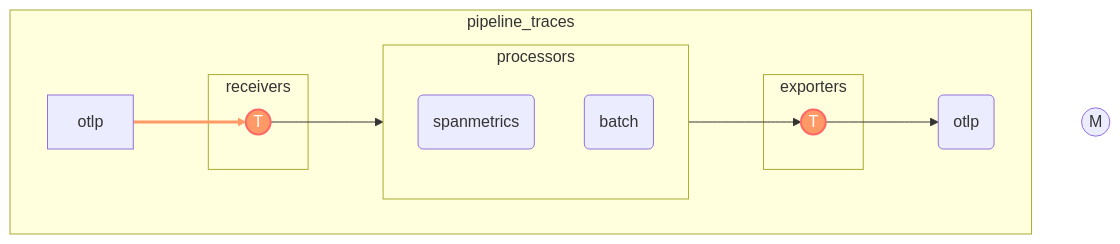
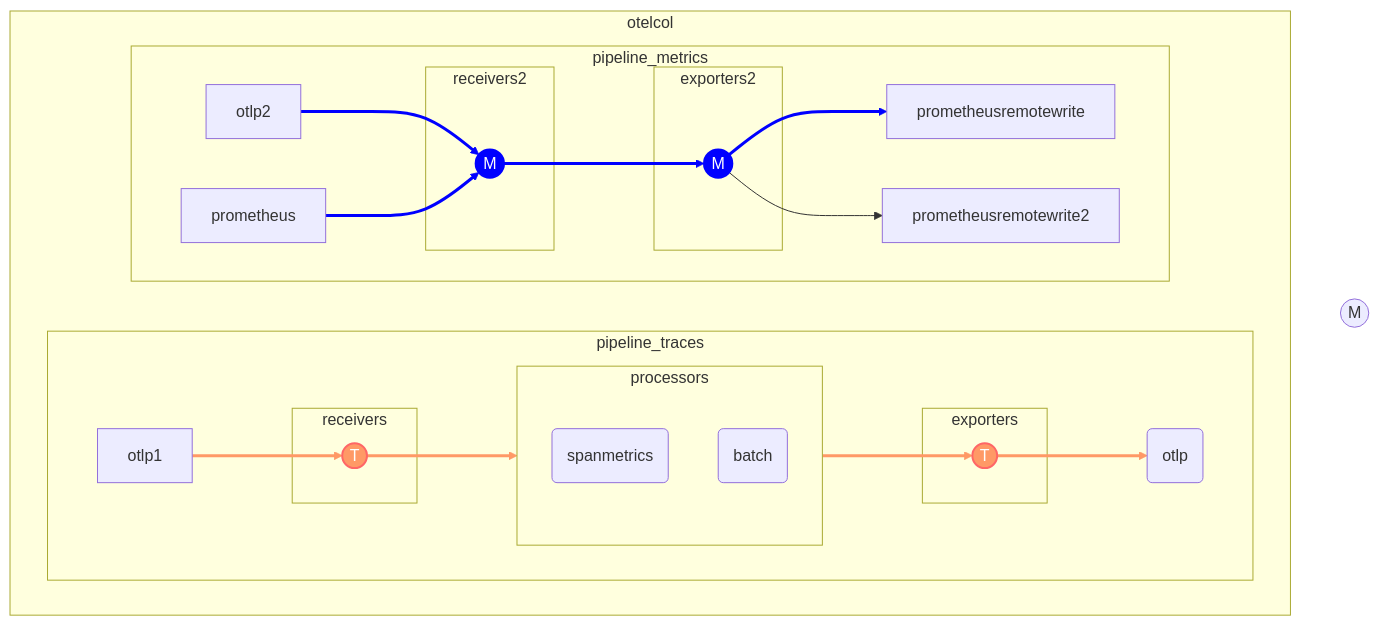
Before and after one commit to devrimdemiroz/devrimdemiroz.github.io: the diagram in docs/ideas/otelcol-mermaid.md, drawn with Mermaid. The commit also changed other lines of this file and 1 other file, not shown here.

Commit message:
otelcol yaml blues

````diff
--- a/docs/ideas/otelcol-mermaid.md
+++ b/docs/ideas/otelcol-mermaid.md
@@ -19,27 +19,51 @@
 ```mermaid
 flowchart TD
+
 classDef tclass fill:#f96,stroke:#f66,stroke-width:2px,color:#fff
+classDef mclass fill:blue,stroke:blue,stroke-width:2px,color:#fff
 
 te(otlp)
+subgraph otelcol
+direction LR
 subgraph pipeline_traces
     direction LR
     subgraph receivers
             
             T1((T)):::tclass
             
     end
     subgraph processors
             tp1(spanmetrics)
             tp2(batch)
     end
     subgraph exporters
             T2((T)):::tclass
             
             
     end
-        otlp-->T1-->processors-->T2-->te
-        linkStyle 0 stroke:#f96,stroke-width:3px,color:orange;
+        otlp1-->T1-->processors-->T2-->te
+        linkStyle 0,1,2,3 stroke:#f96,stroke-width:3px,color:orange;
+        
+end
+     
+subgraph pipeline_metrics
+    direction LR
+    subgraph receivers2
+            
+            M1((M)):::mclass
+            
+    end
+
+    subgraph exporters2
+            M2((M)):::mclass
+            
+            
+    end
+        otlp2 & prometheus -->M1-->M2-->prometheusremotewrite & prometheusremotewrite2
+        linkStyle 4,5,6,7 stroke:blue,stroke-width:3px,color:blue;
+        
+end
 end
 
     metrics((M))
 ```
````
